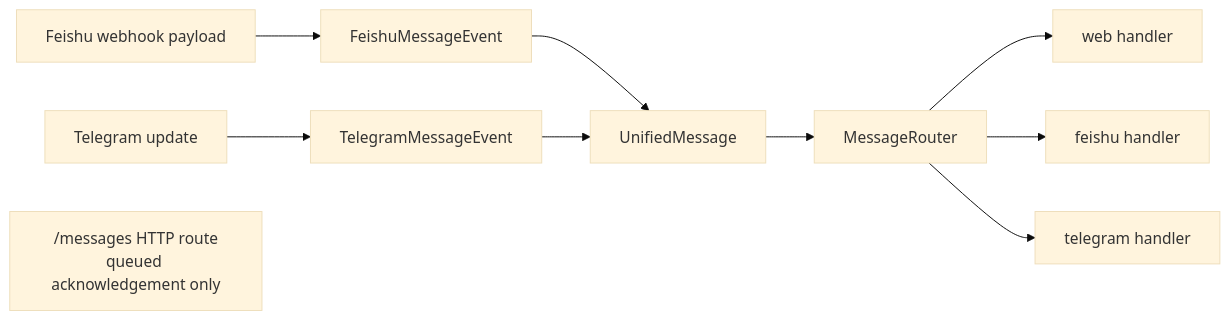
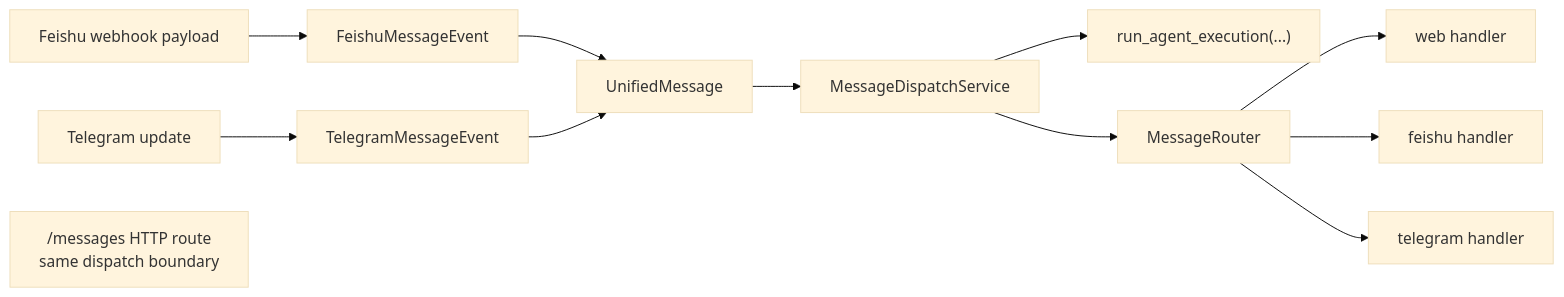
The third of 3 diagrams in README.md (zcxGGmu/Portex), drawn with Mermaid (base theme) before and after one commit. The commit also changed other lines of this file and 5 other files, not shown here.

````diff
--- a/README.md
+++ b/README.md
@@ -100,15 +100,16 @@
 ```mermaid
 flowchart LR
     FRaw["Feishu webhook payload"] --> FEvent["FeishuMessageEvent"]
     TRaw["Telegram update"] --> TEvent["TelegramMessageEvent"]
 
     FEvent --> UMsg["UnifiedMessage"]
     TEvent --> UMsg
 
-    UMsg --> Router["MessageRouter"]
+    UMsg --> Dispatch["MessageDispatchService"]
+    Dispatch --> RuntimeDispatch["run_agent_execution(...)"]
+    Dispatch --> Router["MessageRouter"]
     Router --> WebHandler["web handler"]
     Router --> FeishuHandler["feishu handler"]
     Router --> TelegramHandler["telegram handler"]
-
-    Placeholder["/messages HTTP route<br/>queued acknowledgement only"]
+    HTTP["/messages HTTP route<br/>same dispatch boundary"]
 ```
````
